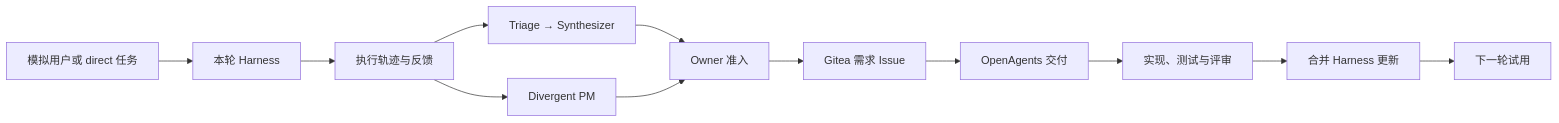
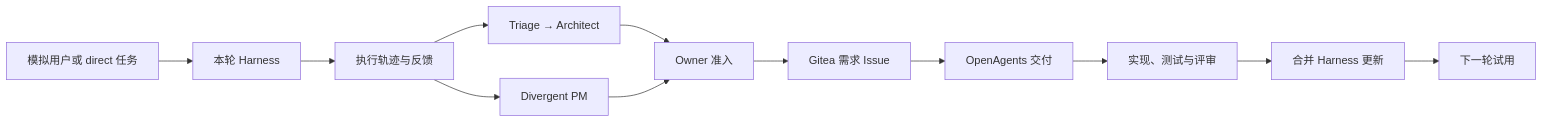
One commit to Curry09/AHE-Beta changed the diagram in docs/ARCHITECTURE.md. Above: the diagram before and after it, drawn with Mermaid. The commit also changed other lines of this file and 780 other files, not shown here.

Commit message:
refactor: align AHE-Beta branding and Architect naming (#75)

````diff
--- a/docs/ARCHITECTURE.md
+++ b/docs/ARCHITECTURE.md
@@ -7,14 +7,14 @@
 ```mermaid
 flowchart LR
     U[模拟用户或 direct 任务] --> H[本轮 Harness]
     H --> R[执行轨迹与反馈]
-    R --> T[Triage → Synthesizer]
+    R --> T[Triage → Architect]
     R --> P[Divergent PM]
     T --> O[Owner 准入]
     P --> O
     O --> I[Gitea 需求 Issue]
     I --> A[OpenAgents 交付]
     A --> PR[实现、测试与评审]
     PR --> M[合并 Harness 更新]
     M --> N[下一轮试用]
 ```
````
